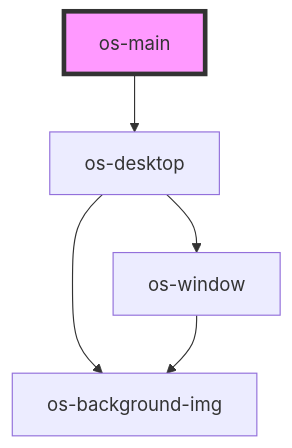
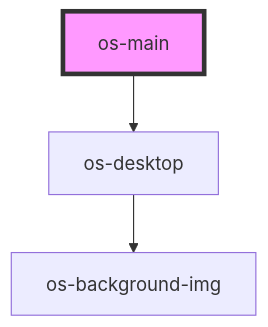
The diagram in src/components/os-main/readme.md (neko-chilyann/qx-os), drawn with Mermaid before and after one commit. The commit also changed 28 other files, not shown here.

````diff
--- a/src/components/os-main/readme.md
+++ b/src/components/os-main/readme.md
@@ -15,8 +15,6 @@
 ```mermaid
 graph TD;
   os-main --> os-desktop
   os-desktop --> os-background-img
-  os-desktop --> os-window
-  os-window --> os-background-img
   style os-main fill:#f9f,stroke:#333,stroke-width:4px
 ```
````
